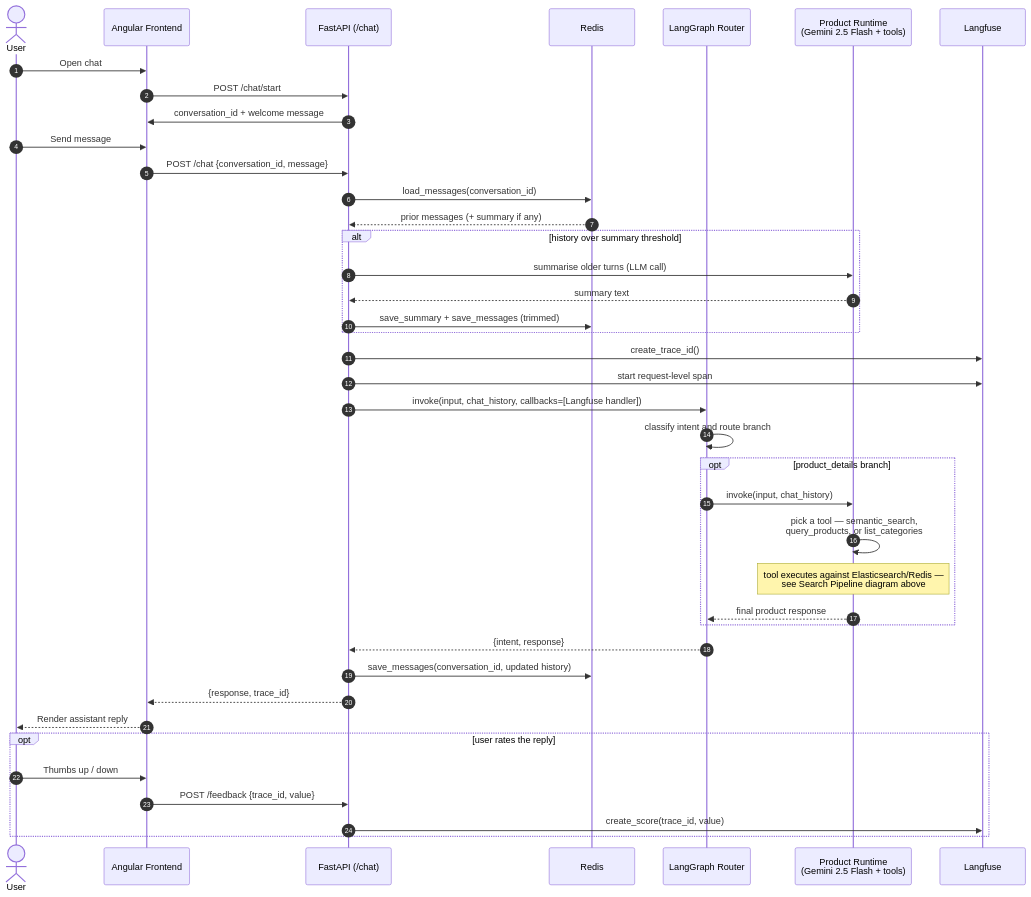
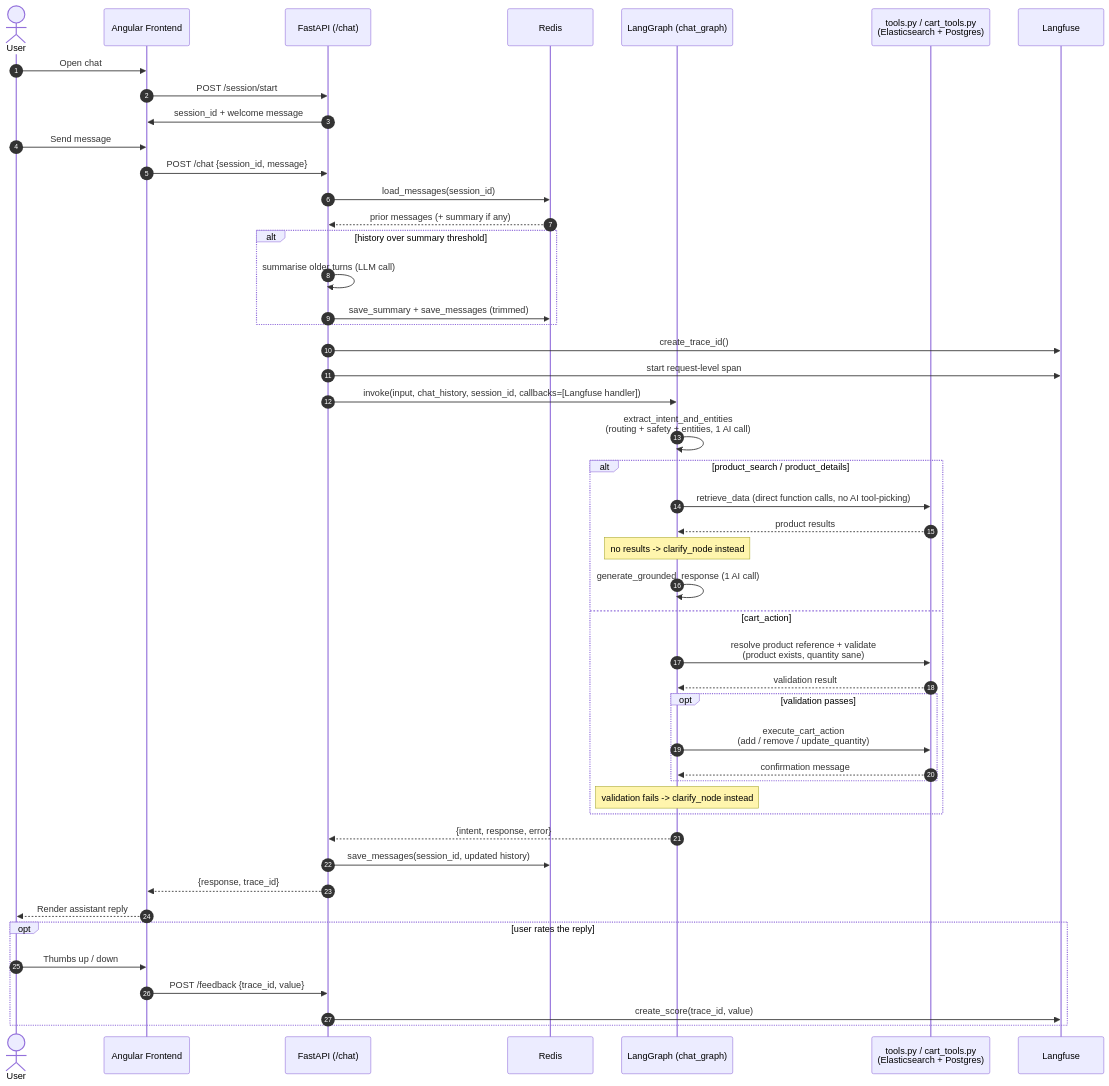
Before and after one commit to miggle711/gdg-mum-langchain-project: the third of 3 diagrams in README.md, drawn with Mermaid. The commit also changed other lines of this file, not shown here.

First line of the commit message:
docs: update README's LangGraph description for #57

````diff
--- a/README.md
+++ b/README.md
@@ -88,47 +98,54 @@
 ```mermaid
 sequenceDiagram
     autonumber
     actor U as User
     participant FE as Angular Frontend
     participant BE as FastAPI (/chat)
     participant R as Redis
-    participant Graph as LangGraph Router
-    participant Product as Product Runtime<br/>(Gemini 2.5 Flash + tools)
+    participant Graph as LangGraph (chat_graph)
+    participant Data as tools.py / cart_tools.py<br/>(Elasticsearch + Postgres)
     participant LF as Langfuse
 
     U->>FE: Open chat
-    FE->>BE: POST /chat/start
-    BE->>FE: conversation_id + welcome message
+    FE->>BE: POST /session/start
+    BE->>FE: session_id + welcome message
 
     U->>FE: Send message
-    FE->>BE: POST /chat {conversation_id, message}
-    BE->>R: load_messages(conversation_id)
+    FE->>BE: POST /chat {session_id, message}
+    BE->>R: load_messages(session_id)
     R-->>BE: prior messages (+ summary if any)
     alt history over summary threshold
-        BE->>Product: summarise older turns (LLM call)
-        Product-->>BE: summary text
+        BE->>BE: summarise older turns (LLM call)
         BE->>R: save_summary + save_messages (trimmed)
     end
 
     BE->>LF: create_trace_id()
     BE->>LF: start request-level span
-    BE->>Graph: invoke(input, chat_history, callbacks=[Langfuse handler])
-    Graph->>Graph: classify intent and route branch
-    opt product_details branch
-        Graph->>Product: invoke(input, chat_history)
-        Product->>Product: pick a tool — semantic_search,<br/>query_products, or list_categories
-        Note over Product: tool executes against Elasticsearch/Redis —<br/>see Search Pipeline diagram above
-        Product-->>Graph: final product response
+    BE->>Graph: invoke(input, chat_history, session_id, callbacks=[Langfuse handler])
+    Graph->>Graph: extract_intent_and_entities<br/>(routing + safety + entities, 1 AI call)
+    alt product_search / product_details
+        Graph->>Data: retrieve_data (direct function calls, no AI tool-picking)
+        Data-->>Graph: product results
+        Note over Graph: no results -> clarify_node instead
+        Graph->>Graph: generate_grounded_response (1 AI call)
+    else cart_action
+        Graph->>Data: resolve product reference + validate<br/>(product exists, quantity sane)
+        Data-->>Graph: validation result
+        opt validation passes
+            Graph->>Data: execute_cart_action<br/>(add / remove / update_quantity)
+            Data-->>Graph: confirmation message
+        end
+        Note over Graph: validation fails -> clarify_node instead
     end
-    Graph-->>BE: {intent, response}
+    Graph-->>BE: {intent, response, error}
 
-    BE->>R: save_messages(conversation_id, updated history)
+    BE->>R: save_messages(session_id, updated history)
     BE-->>FE: {response, trace_id}
     FE-->>U: Render assistant reply
 
     opt user rates the reply
         U->>FE: Thumbs up / down
         FE->>BE: POST /feedback {trace_id, value}
         BE->>LF: create_score(trace_id, value)
     end
 ```
````
